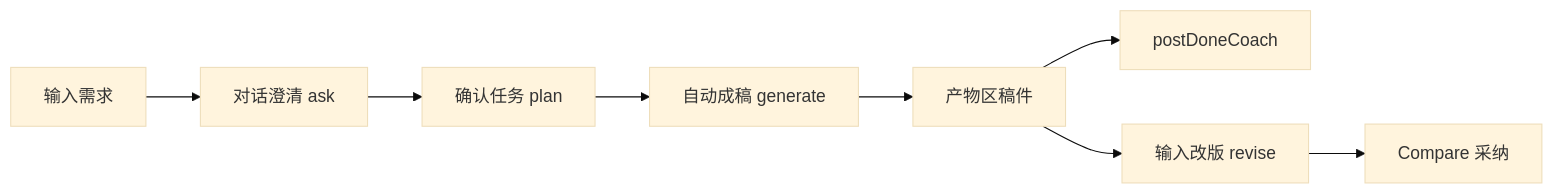
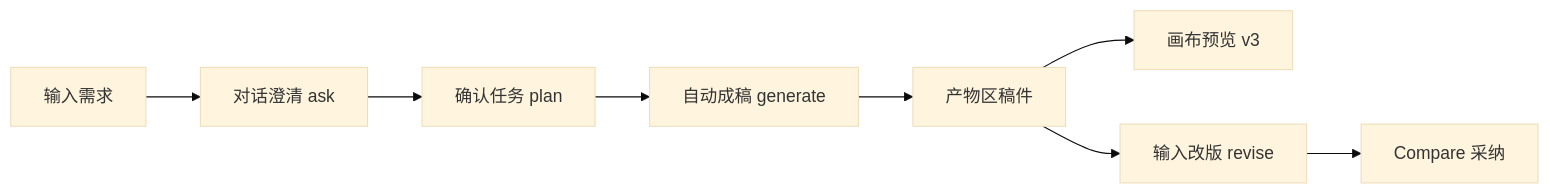
Before and after one commit to Presto-bit/aipodcast: the diagram in docs/product/writing-cursor-studio-wireframes.md, drawn with Mermaid (base theme). The commit also changed 21 other files, not shown here.

````diff
--- a/docs/product/writing-cursor-studio-wireframes.md
+++ b/docs/product/writing-cursor-studio-wireframes.md
@@ -51,10 +51,10 @@
 ```mermaid
 flowchart LR
   A[输入需求] --> B[对话澄清 ask]
   B --> C[确认任务 plan]
   C --> D[自动成稿 generate]
   D --> E[产物区稿件]
-  E --> F[postDoneCoach]
+  E --> F[画布预览 v3]
   E --> G[输入改版 revise]
   G --> H[Compare 采纳]
 ```
````
